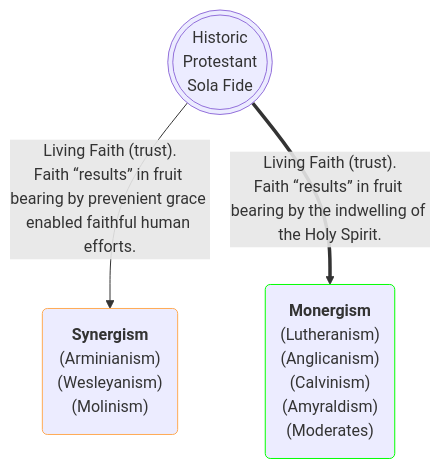
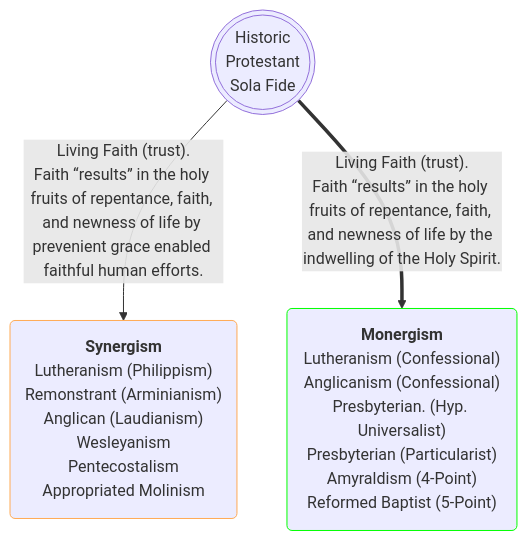
Before and after one commit to OrdoLuminis/ordoluminis.github.io: the second of 2 diagrams in _posts/2025-08-03-historic-protestant-position.markdown, drawn with Mermaid. The commit also changed other lines of this file, not shown here.

Commit message:
second chart

````diff
--- a/_posts/2025-08-03-historic-protestant-position.markdown
+++ b/_posts/2025-08-03-historic-protestant-position.markdown
@@ -118,8 +118,8 @@
 ```mermaid
 flowchart TD
     A(((Historic<br>Protestant<br>Sola Fide)))
-    A -->|Living Faith &lpar;trust&rpar;.<br>Faith &ldquo;results&rdquo; in fruit bearing by prevenient grace enabled faithful human efforts.| F(<strong>Synergism</strong><br>&lpar;Arminianism&rpar;<br>&lpar;Wesleyanism&rpar;<br>&lpar;Molinism&rpar;):::orange
-    A ==>|Living Faith &lpar;trust&rpar;.<br>Faith &ldquo;results&rdquo; in fruit bearing by the indwelling of the Holy Spirit.| E(<strong>Monergism</strong><br>&lpar;Lutheranism&rpar;<br>&lpar;Anglicanism&rpar;<br>&lpar;Calvinism&rpar;<br>&lpar;Amyraldism&rpar;<br>&lpar;Moderates&rpar;):::green
+    A -->|Living Faith &lpar;trust&rpar;.<br>Faith &ldquo;results&rdquo; in the holy fruits of repentance, faith, and newness of life by prevenient grace enabled faithful human efforts.| H(<strong>Synergism</strong><br>Lutheranism &lpar;Philippism&rpar;<br>Remonstrant &lpar;Arminianism&rpar;<br>Anglican &lpar;Laudianism&rpar;<br>Wesleyanism<br>Pentecostalism<br>Appropriated Molinism):::orange
+    A ==>|Living Faith &lpar;trust&rpar;.<br>Faith &ldquo;results&rdquo; in the holy fruits of repentance, faith, and newness of life by the indwelling of the Holy Spirit.| G(<strong>Monergism</strong><br>Lutheranism &lpar;Confessional&rpar;<br>Anglicanism &lpar;Confessional&rpar;<br>Presbyterian. &lpar;Hyp. Universalist&rpar;<br>Presbyterian &lpar;Particularist&rpar;<br>Amyraldism &lpar;4-Point&rpar;<br>Reformed Baptist &lpar;5-Point&rpar;):::green
     classDef green stroke:#0f0
     classDef orange stroke:#fa5
 ```
````
